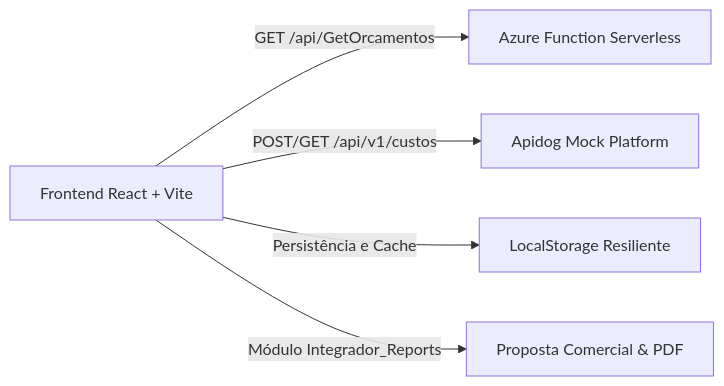
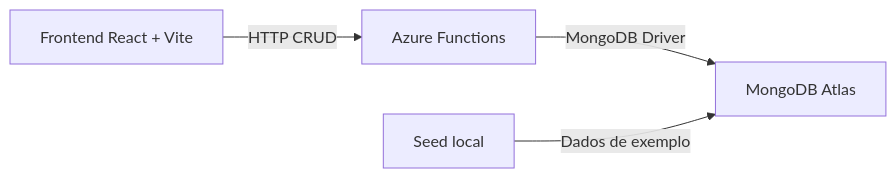
One commit to ttheus27/Projeto_Claud changed the diagram in README.md. Above: the diagram before and after it, drawn with Mermaid. The commit also changed other lines of this file and 18 other files, not shown here.

````diff
--- a/README.md
+++ b/README.md
@@ -31,7 +7,6 @@
 ```mermaid
 graph LR
-    A[Frontend React + Vite] -->|GET /api/GetOrcamentos| B[Azure Function Serverless]
-    A -->|POST/GET /api/v1/custos| C[Apidog Mock Platform]
-    A -->|Persistência e Cache| D[LocalStorage Resiliente]
-    A -->|Módulo Integrador_Reports| E[Proposta Comercial & PDF]
+    A[Frontend React + Vite] -->|HTTP CRUD| B[Azure Functions]
+    B -->|MongoDB Driver| C[MongoDB Atlas]
+    D[Seed local] -->|Dados de exemplo| C
 ```
````
